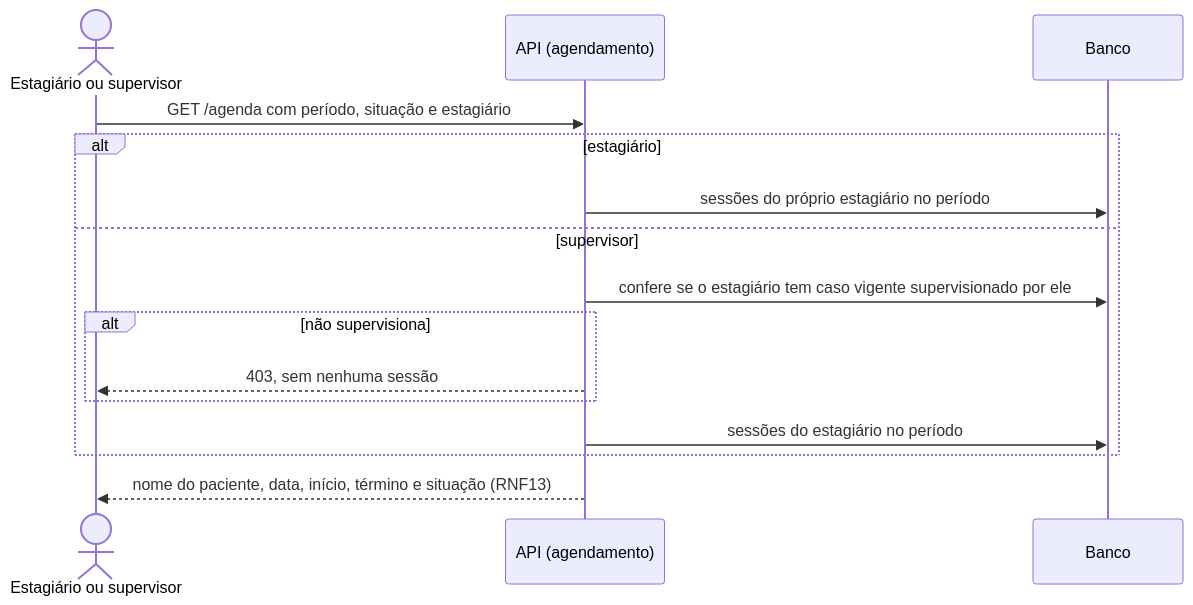
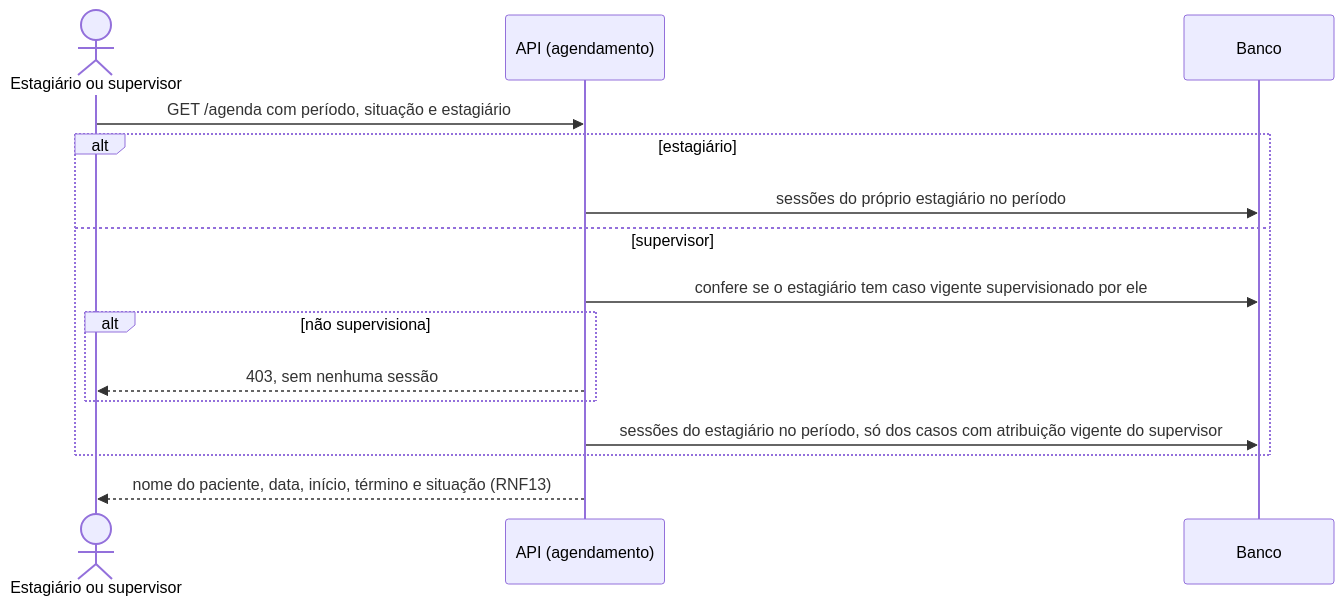
Before and after one commit to mdsreq-fga-unb/REQ-2026.2-T02-ClinicaEscolaFBr: the eighth of 24 diagrams in documentacao/docs/unidade-3/projeto-features-ciclo-4.md, drawn with Mermaid. The commit also changed other lines of this file and 3 other files, not shown here.

````diff
--- a/documentacao/docs/unidade-3/projeto-features-ciclo-4.md
+++ b/documentacao/docs/unidade-3/projeto-features-ciclo-4.md
@@ -331,17 +338,17 @@
 ```mermaid
 sequenceDiagram
     actor U as Estagiário ou supervisor
     participant A as API (agendamento)
     participant DB as Banco
     U->>A: GET /agenda com período, situação e estagiário
     alt estagiário
         A->>DB: sessões do próprio estagiário no período
     else supervisor
         A->>DB: confere se o estagiário tem caso vigente supervisionado por ele
         alt não supervisiona
             A-->>U: 403, sem nenhuma sessão
         end
-        A->>DB: sessões do estagiário no período
+        A->>DB: sessões do estagiário no período, só dos casos com atribuição vigente do supervisor
     end
     A-->>U: nome do paciente, data, início, término e situação (RNF13)
 ```
````
